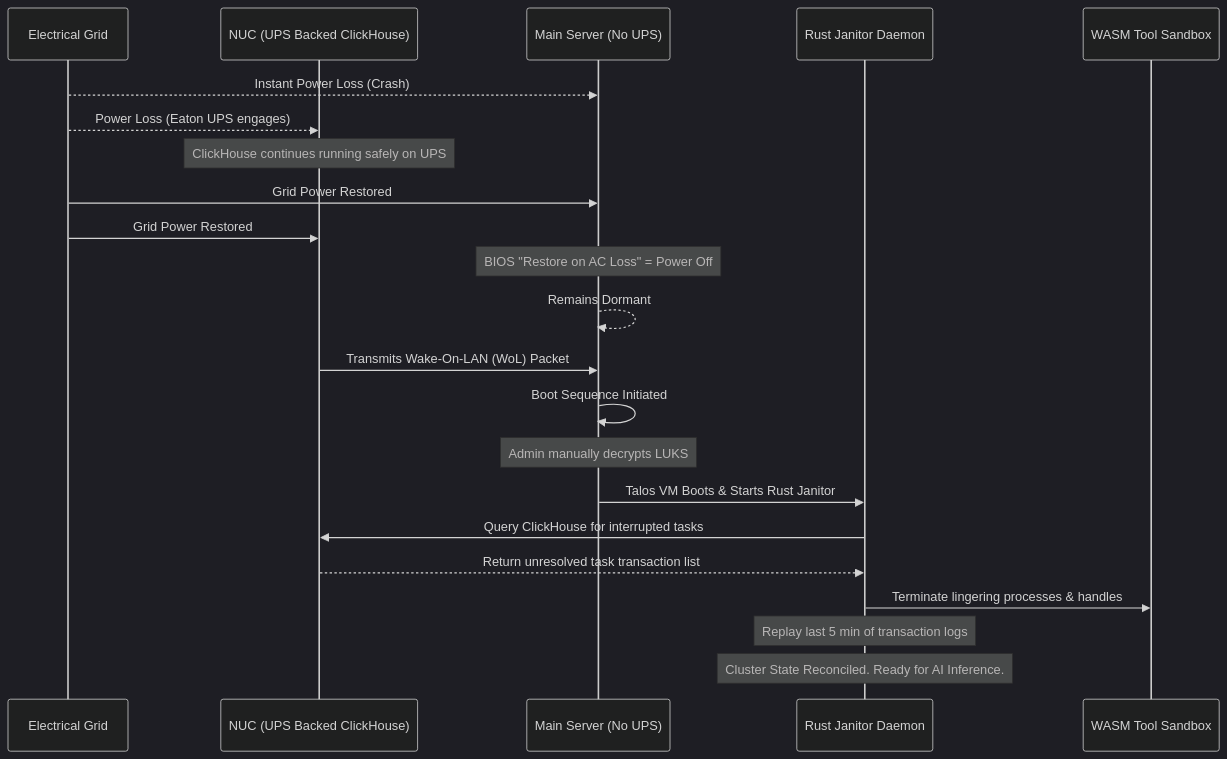
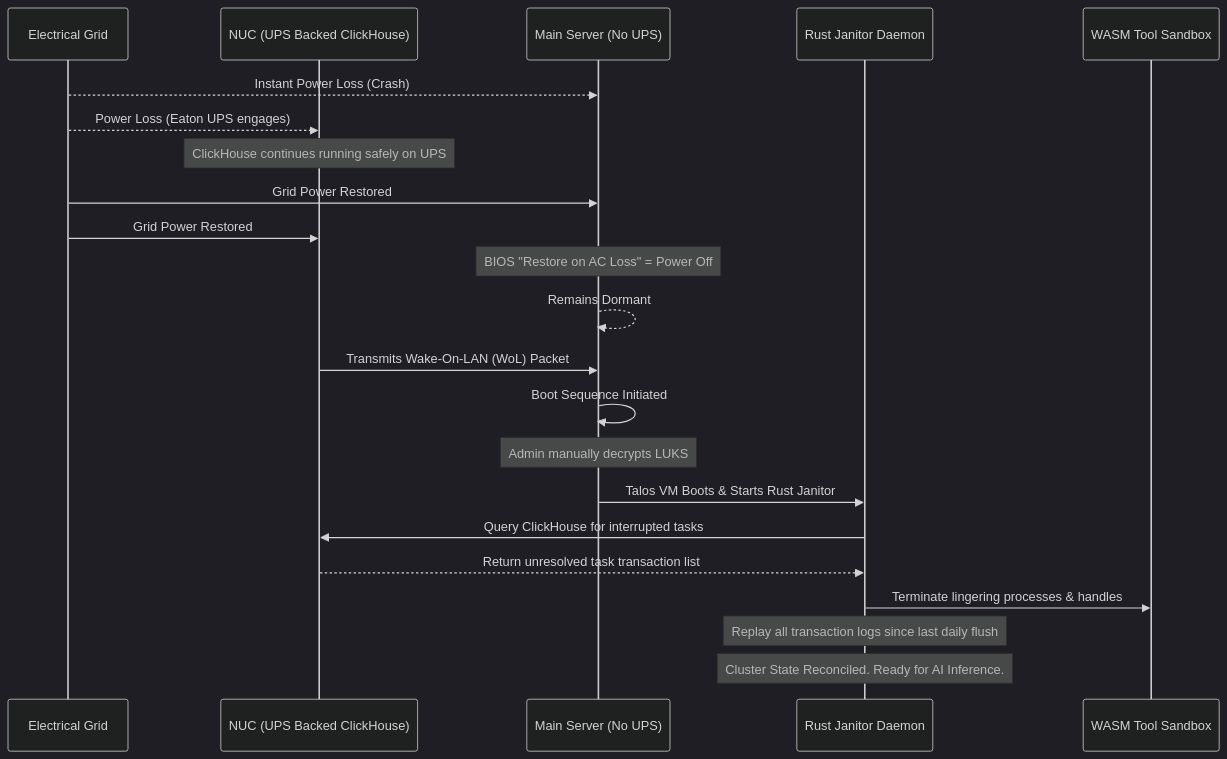
Before and after one commit to foersben/janus-synapse-edge: the diagram in docs/🛠️ Preparation The Safe-Stack Configuration.md, drawn with Mermaid (dark theme). The commit also changed other lines of this file and 13 other files, not shown here.

````diff
--- a/docs/🛠️ Preparation The Safe-Stack Configuration.md
+++ b/docs/🛠️ Preparation The Safe-Stack Configuration.md
@@ -45,31 +45,31 @@
 ```mermaid
 sequenceDiagram
     participant Grid as Electrical Grid
     participant NUC as NUC (UPS Backed ClickHouse)
     participant Proxmox as Main Server (No UPS)
     participant Janitor as Rust Janitor Daemon
     participant Wasmtime as WASM Tool Sandbox
 
     Grid-->>Proxmox: Instant Power Loss (Crash)
     Grid-->>NUC: Power Loss (Eaton UPS engages)
     Note over NUC: ClickHouse continues running safely on UPS
 
     Grid->>Proxmox: Grid Power Restored
     Grid->>NUC: Grid Power Restored
 
     Note over Proxmox: BIOS "Restore on AC Loss" = Power Off
     Proxmox-->>Proxmox: Remains Dormant
 
     NUC->>Proxmox: Transmits Wake-On-LAN (WoL) Packet
     Proxmox->>Proxmox: Boot Sequence Initiated
 
     Note over Proxmox: Admin manually decrypts LUKS
     Proxmox->>Janitor: Talos VM Boots & Starts Rust Janitor
 
     Janitor->>NUC: Query ClickHouse for interrupted tasks
     NUC-->>Janitor: Return unresolved task transaction list
 
     Janitor->>Wasmtime: Terminate lingering processes & handles
-    Note over Janitor: Replay last 5 min of transaction logs
+    Note over Janitor: Replay all transaction logs since last daily flush
     Note over Janitor: Cluster State Reconciled. Ready for AI Inference.
 ```
````
